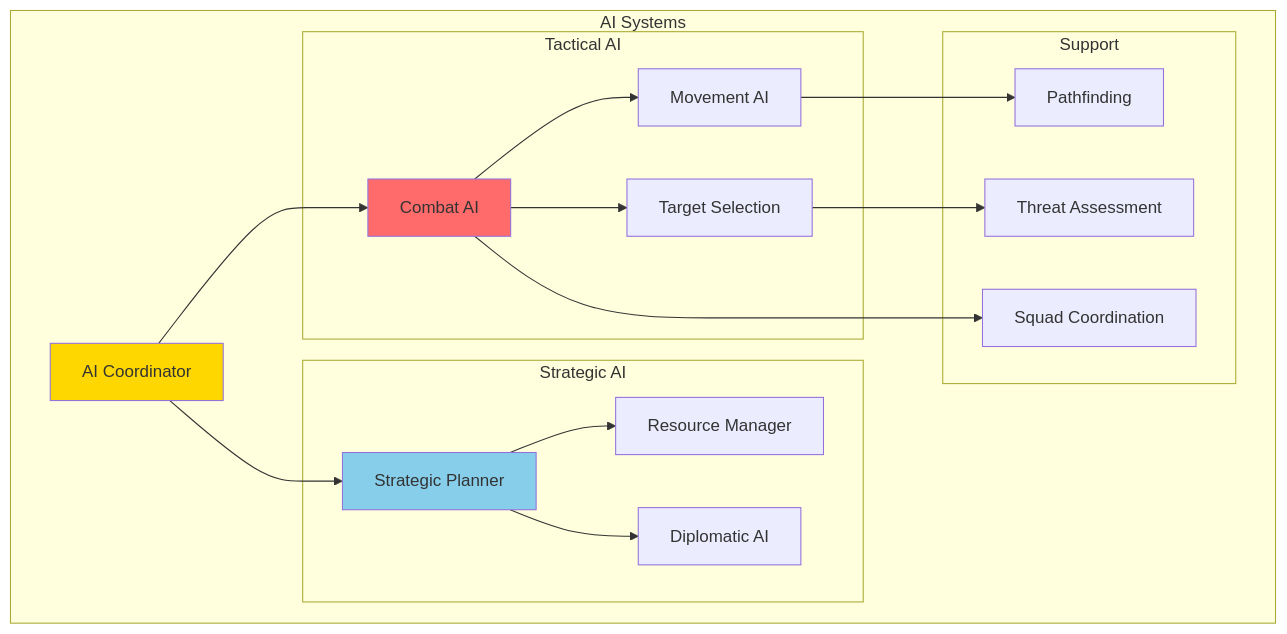
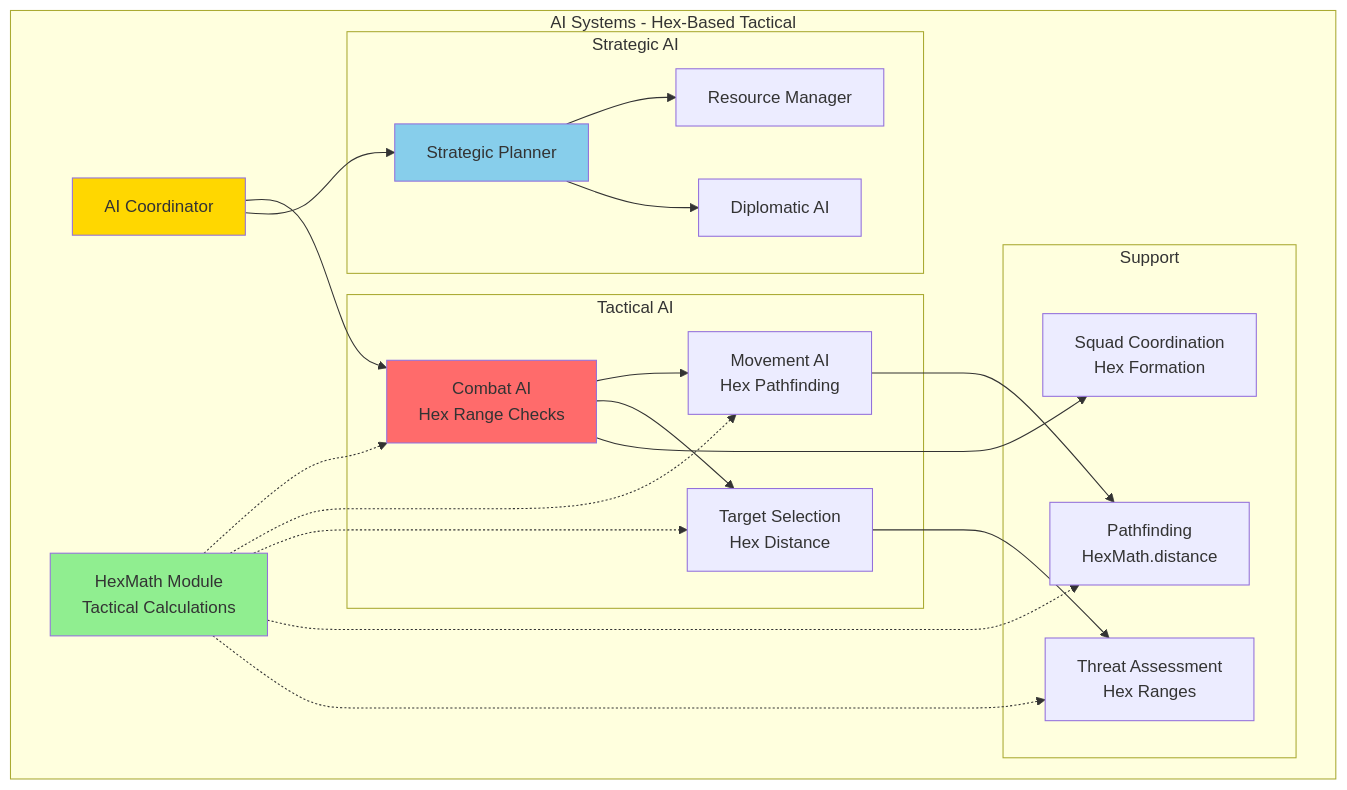
The first of 11 diagrams in architecture/systems/AI_SYSTEMS.md (Bladum/AlienFall), drawn with Mermaid before and after one commit. The commit also changed other lines of this file and 30 other files, not shown here.

````diff
--- a/architecture/systems/AI_SYSTEMS.md
+++ b/architecture/systems/AI_SYSTEMS.md
@@ -17,42 +30,49 @@
 ```mermaid
 graph TB
-    subgraph "AI Systems"
+    subgraph "AI Systems - Hex-Based Tactical"
         Coordinator[AI Coordinator]
+        HexMath[HexMath Module<br/>Tactical Calculations]
         
         subgraph "Tactical AI"
-            Combat[Combat AI]
-            Movement[Movement AI]
-            Targeting[Target Selection]
+            Combat[Combat AI<br/>Hex Range Checks]
+            Movement[Movement AI<br/>Hex Pathfinding]
+            Targeting[Target Selection<br/>Hex Distance]
         end
         
         subgraph "Strategic AI"
             Planning[Strategic Planner]
             Resource[Resource Manager]
             Diplomatic[Diplomatic AI]
         end
         
         subgraph "Support"
-            Pathfinding[Pathfinding]
-            Threat[Threat Assessment]
-            Squad[Squad Coordination]
+            Pathfinding[Pathfinding<br/>HexMath.distance]
+            Threat[Threat Assessment<br/>Hex Ranges]
+            Squad[Squad Coordination<br/>Hex Formation]
         end
     end
     
     Coordinator --> Combat
     Coordinator --> Planning
+    HexMath -.-> Combat
+    HexMath -.-> Movement
+    HexMath -.-> Targeting
+    HexMath -.-> Pathfinding
+    HexMath -.-> Threat
     
     Combat --> Movement
     Combat --> Targeting
     
     Movement --> Pathfinding
     Targeting --> Threat
     
     Planning --> Resource
     Planning --> Diplomatic
     
     Combat --> Squad
     
     style Coordinator fill:#FFD700
     style Combat fill:#FF6B6B
     style Planning fill:#87CEEB
+    style HexMath fill:#90EE90
 ```
````
